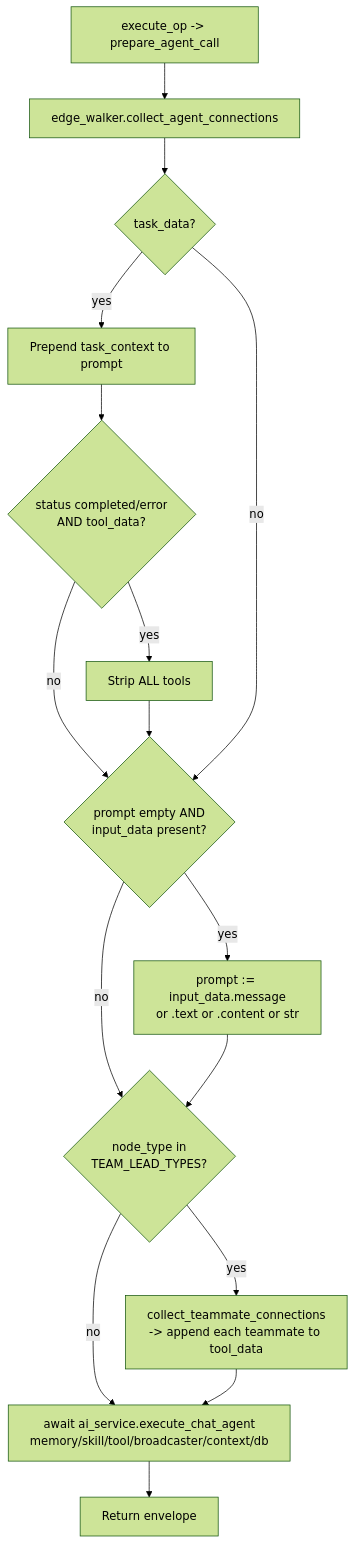
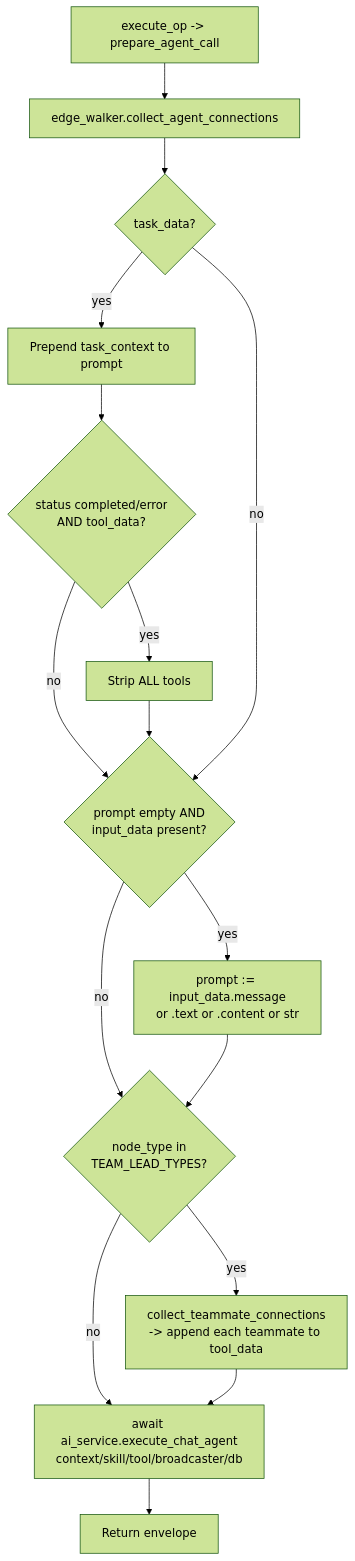
The diagram in docs-internal/node-logic-flows/ai_agents/chatAgent.md (Addval-Connect/OpenCompany), drawn with Mermaid (forest theme) before and after one commit. The commit also changed other lines of this file and 126 other files, not shown here.

````diff
--- a/docs-internal/node-logic-flows/ai_agents/chatAgent.md
+++ b/docs-internal/node-logic-flows/ai_agents/chatAgent.md
@@ -59,18 +84,18 @@
 ```mermaid
 flowchart TD
   A[execute_op -> prepare_agent_call] --> B[edge_walker.collect_agent_connections]
   B --> C{task_data?}
   C -- yes --> D[Prepend task_context to prompt]
   D --> E{status completed/error<br/>AND tool_data?}
   E -- yes --> F[Strip ALL tools]
   E -- no --> G
   F --> G
   C -- no --> G{prompt empty AND<br/>input_data present?}
   G -- yes --> H[prompt := input_data.message<br/>or .text or .content or str]
   G -- no --> I
   H --> I{node_type in<br/>TEAM_LEAD_TYPES?}
   I -- yes --> J[collect_teammate_connections<br/>-> append each teammate to tool_data]
   I -- no --> K
-  J --> K[await ai_service.execute_chat_agent<br/>memory/skill/tool/broadcaster/context/db]
+  J --> K[await ai_service.execute_chat_agent<br/>context/skill/tool/broadcaster/db]
   K --> L[Return envelope]
 ```
````
